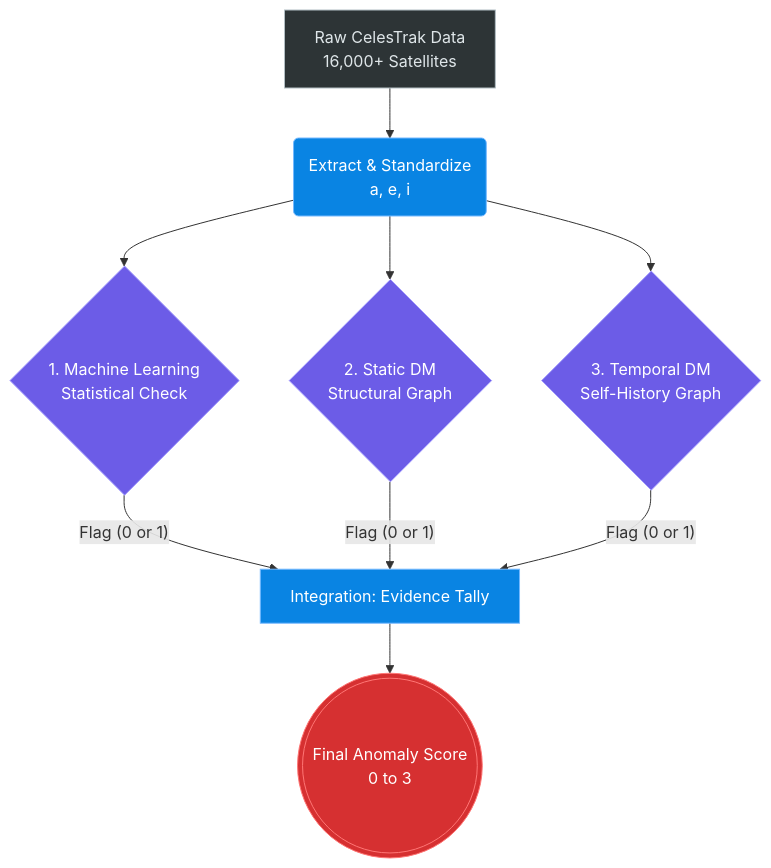
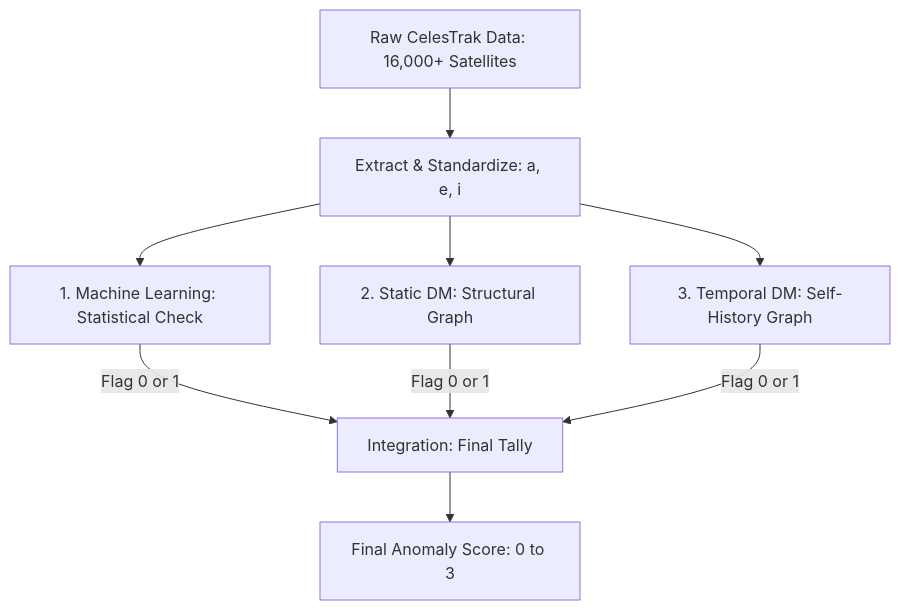
Before and after one commit to Sushrut2007/discrete-math-project: the diagram in docs/midsem_review.md, drawn with Mermaid.

Commit message:
Simplify Mermaid diagram to standard shapes and arrow syntax

````diff
--- a/docs/midsem_review.md
+++ b/docs/midsem_review.md
@@ -25,20 +25,14 @@
 ```mermaid
 flowchart TD
-    %% Styling
-    classDef raw fill:#2d3436,stroke:#b2bec3,color:#dfe6e9
-    classDef process fill:#0984e3,stroke:#74b9ff,color:#fff
-    classDef check fill:#6c5ce7,stroke:#a29bfe,color:#fff
-    classDef final fill:#d63031,stroke:#ff7675,color:#fff
-
-    A[Raw CelesTrak Data \n 16,000+ Satellites]:::raw --> B(Extract & Standardize \n a, e, i):::process
+    A[Raw CelesTrak Data: 16,000+ Satellites] --> B[Extract & Standardize: a, e, i]
     
-    B --> C{1. Machine Learning \n Statistical Check}:::check
-    B --> D{2. Static DM \n Structural Graph}:::check
-    B --> E{3. Temporal DM \n Self-History Graph}:::check
+    B --> C[1. Machine Learning: Statistical Check]
+    B --> D[2. Static DM: Structural Graph]
+    B --> E[3. Temporal DM: Self-History Graph]
     
-    C -- "Flag (0 or 1)" --> F[Integration: Evidence Tally]:::process
-    D -- "Flag (0 or 1)" --> F
-    E -- "Flag (0 or 1)" --> F
+    C -->|Flag 0 or 1| F[Integration: Final Tally]
+    D -->|Flag 0 or 1| F
+    E -->|Flag 0 or 1| F
     
-    F --> G(((Final Anomaly Score \n 0 to 3))):::final
+    F --> G[Final Anomaly Score: 0 to 3]
 ```
````
